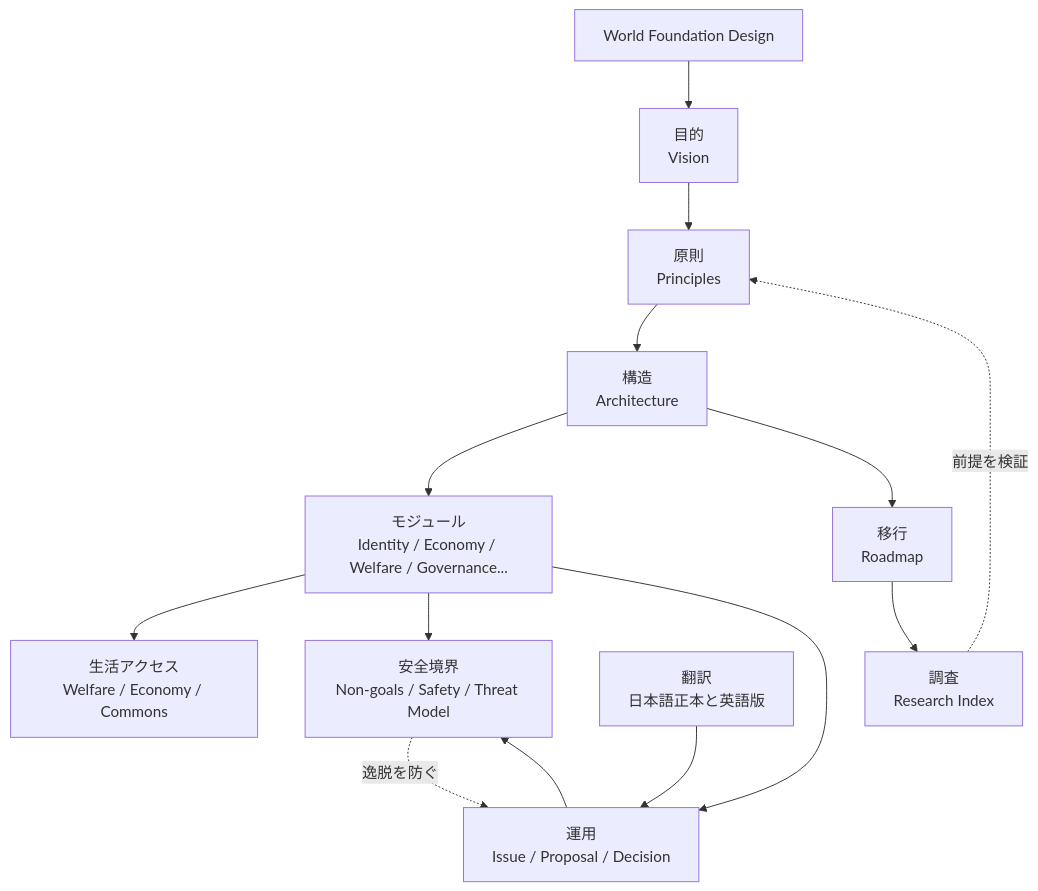
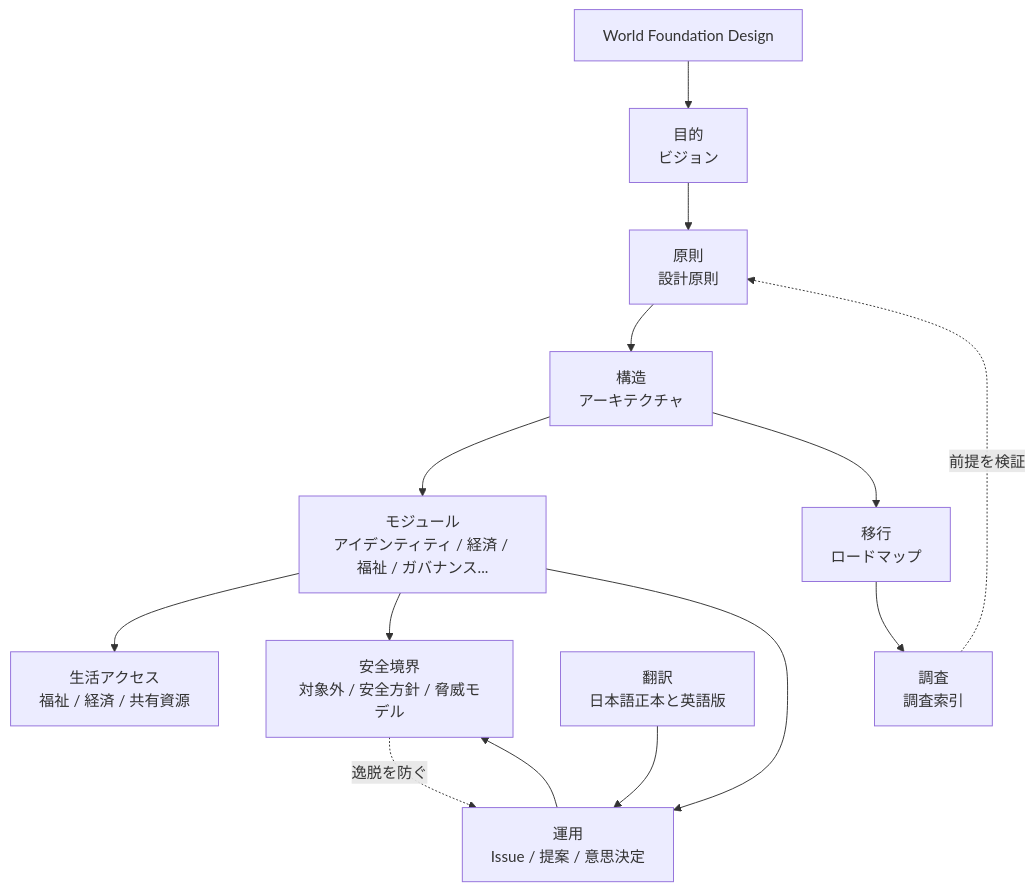
The diagram in docs/ja/README.md (acecore-systems/world-foundation), drawn with Mermaid before and after one commit. The commit also changed other lines of this file and 47 other files, not shown here.

````diff
--- a/docs/ja/README.md
+++ b/docs/ja/README.md
@@ -13,39 +13,39 @@
 ```mermaid
 flowchart TB
   Index["World Foundation Design"]
-  Vision["目的<br/>Vision"]
-  Principles["原則<br/>Principles"]
-  Architecture["構造<br/>Architecture"]
-  Modules["モジュール<br/>Identity / Economy / Welfare / Governance..."]
-  Safety["安全境界<br/>Non-goals / Safety / Threat Model"]
-  Operation["運用<br/>Issue / Proposal / Decision"]
-  Roadmap["移行<br/>Roadmap"]
-  LifeAccess["生活アクセス<br/>Welfare / Economy / Commons"]
-  Translation["翻訳<br/>日本語正本と英語版"]
-  Research["調査<br/>Research Index"]
+  ビジョン["目的<br/>ビジョン"]
+  設計原則["原則<br/>設計原則"]
+  アーキテクチャ["構造<br/>アーキテクチャ"]
+  モジュール["モジュール<br/>アイデンティティ / 経済 / 福祉 / ガバナンス..."]
+  安全方針["安全境界<br/>対象外 / 安全方針 / 脅威モデル"]
+  Operation["運用<br/>Issue / 提案 / 意思決定"]
+  ロードマップ["移行<br/>ロードマップ"]
+  LifeAccess["生活アクセス<br/>福祉 / 経済 / 共有資源"]
+  翻訳["翻訳<br/>日本語正本と英語版"]
+  調査["調査<br/>調査索引"]
 
-  Index --> Vision
-  Vision --> Principles
-  Principles --> Architecture
-  Architecture --> Modules
-  Architecture --> Roadmap
-  Modules --> LifeAccess
-  Modules --> Safety
-  Modules --> Operation
-  Operation --> Safety
-  Roadmap --> Research
-  Translation --> Operation
-  Research -. "前提を検証" .-> Principles
-  Safety -. "逸脱を防ぐ" .-> Operation
+  Index --> ビジョン
+  ビジョン --> 設計原則
+  設計原則 --> アーキテクチャ
+  アーキテクチャ --> モジュール
+  アーキテクチャ --> ロードマップ
+  モジュール --> LifeAccess
+  モジュール --> 安全方針
+  モジュール --> Operation
+  Operation --> 安全方針
+  ロードマップ --> 調査
+  翻訳 --> Operation
+  調査 -. "前提を検証" .-> 設計原則
+  安全方針 -. "逸脱を防ぐ" .-> Operation
 
-  click Vision "00-vision.md" "Vision"
-  click Principles "01-principles.md" "Principles"
-  click Architecture "02-architecture.md" "Architecture"
-  click Modules "../../modules/ja/README.md" "Modules"
-  click Safety "05-threat-model.md" "Safety boundaries"
-  click Operation "../../proposals/ja/README.md" "Operation"
-  click Roadmap "03-roadmap.md" "Roadmap"
-  click LifeAccess "06-life-access-sustainability.md" "Life Access"
-  click Translation "07-translation-status.md" "Translation"
-  click Research "../../research/ja/index.md" "Research"
+  click ビジョン "00-vision.md" "ビジョン"
+  click 設計原則 "01-principles.md" "設計原則"
+  click アーキテクチャ "02-architecture.md" "アーキテクチャ"
+  click モジュール "../../modules/ja/README.md" "モジュール"
+  click 安全方針 "05-threat-model.md" "安全境界"
+  click Operation "../../proposals/ja/README.md" "運用"
+  click ロードマップ "03-roadmap.md" "ロードマップ"
+  click LifeAccess "06-life-access-sustainability.md" "生活アクセス"
+  click 翻訳 "07-translation-status.md" "翻訳"
+  click 調査 "../../research/ja/index.md" "調査"
 ```
````
